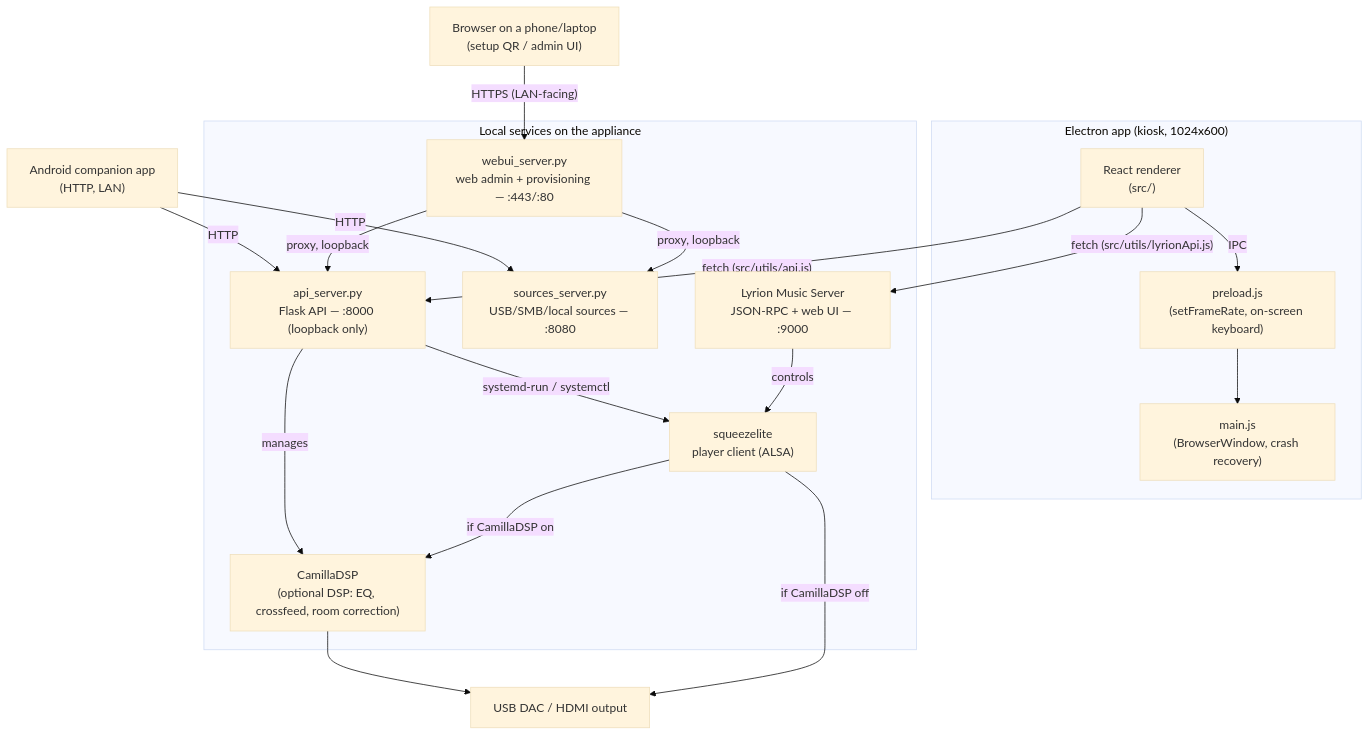
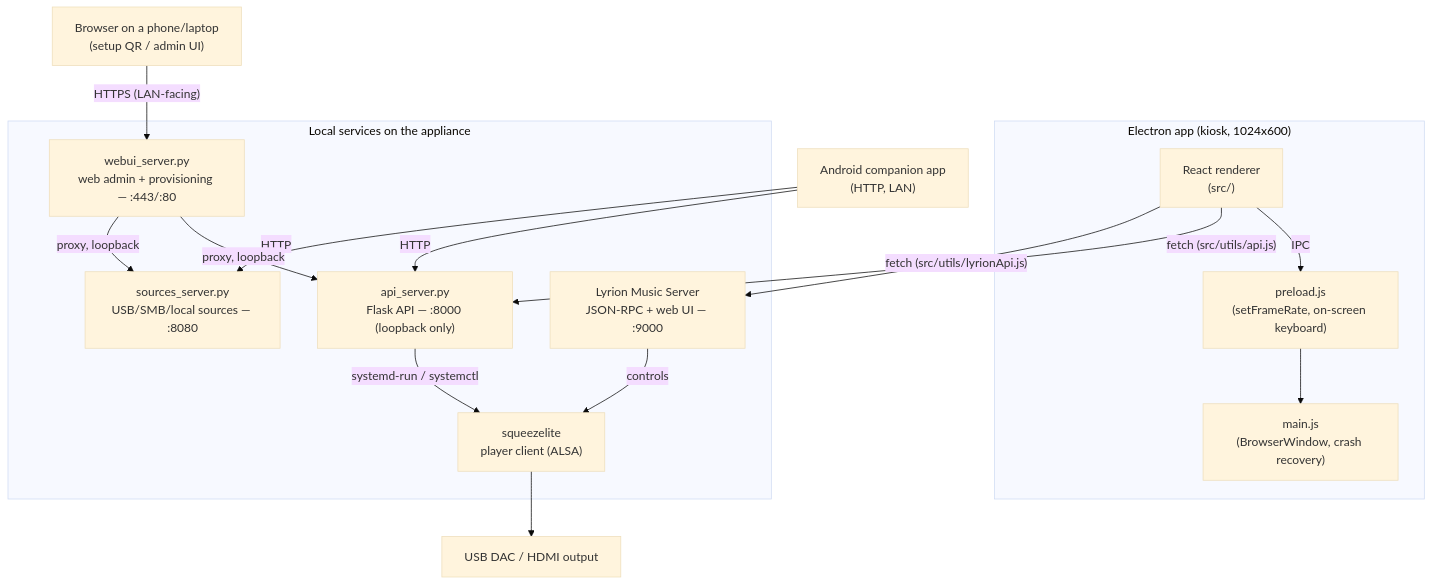
Before and after one commit to adri6412/osmium-sound: the diagram in ARCHITECTURE.md, drawn with Mermaid (base theme). The commit also changed other lines of this file, not shown here.

First line of the commit message:
docs(architecture): drop the DSP and Bluetooth sections

````diff
--- a/ARCHITECTURE.md
+++ b/ARCHITECTURE.md
@@ -9,36 +9,33 @@
 ```mermaid
 flowchart TB
     subgraph UI["Electron app (kiosk, 1024x600)"]
         Renderer["React renderer\n(src/)"]
         Preload["preload.js\n(setFrameRate, on-screen keyboard)"]
         Main["main.js\n(BrowserWindow, crash recovery)"]
     end
 
     subgraph Local["Local services on the appliance"]
         Flask["api_server.py\nFlask API — :8000 (loopback only)"]
         Sources["sources_server.py\nUSB/SMB/local sources — :8080"]
         WebUI["webui_server.py\nweb admin + provisioning — :443/:80"]
         Lyrion["Lyrion Music Server\nJSON-RPC + web UI — :9000"]
         Squeezelite["squeezelite\nplayer client (ALSA)"]
-        Camilla["CamillaDSP\n(optional DSP: EQ, crossfeed, room correction)"]
     end
 
     DAC["USB DAC / HDMI output"]
     Phone["Android companion app\n(HTTP, LAN)"]
     Browser["Browser on a phone/laptop\n(setup QR / admin UI)"]
 
     Renderer -- IPC --> Preload
     Preload --> Main
     Renderer -- "fetch (src/utils/api.js)" --> Flask
     Renderer -- "fetch (src/utils/lyrionApi.js)" --> Lyrion
     Flask -- systemd-run / systemctl --> Squeezelite
-    Flask -- manages --> Camilla
     Lyrion -- controls --> Squeezelite
-    Squeezelite -- "if CamillaDSP on" --> Camilla --> DAC
-    Squeezelite -- "if CamillaDSP off" --> DAC
+    Squeezelite --> DAC
     Phone -- HTTP --> Flask
     Phone -- HTTP --> Sources
     Browser -- "HTTPS (LAN-facing)" --> WebUI
     WebUI -- "proxy, loopback" --> Flask
     WebUI -- "proxy, loopback" --> Sources
 ```
````
